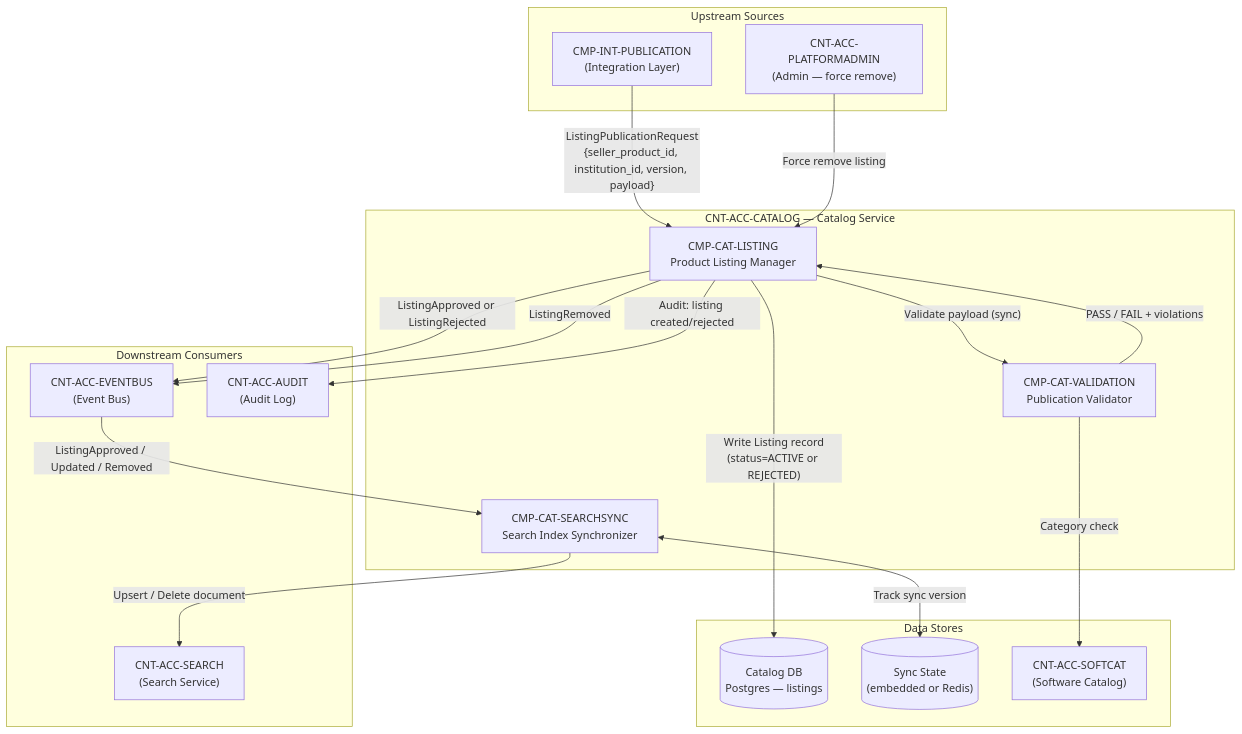
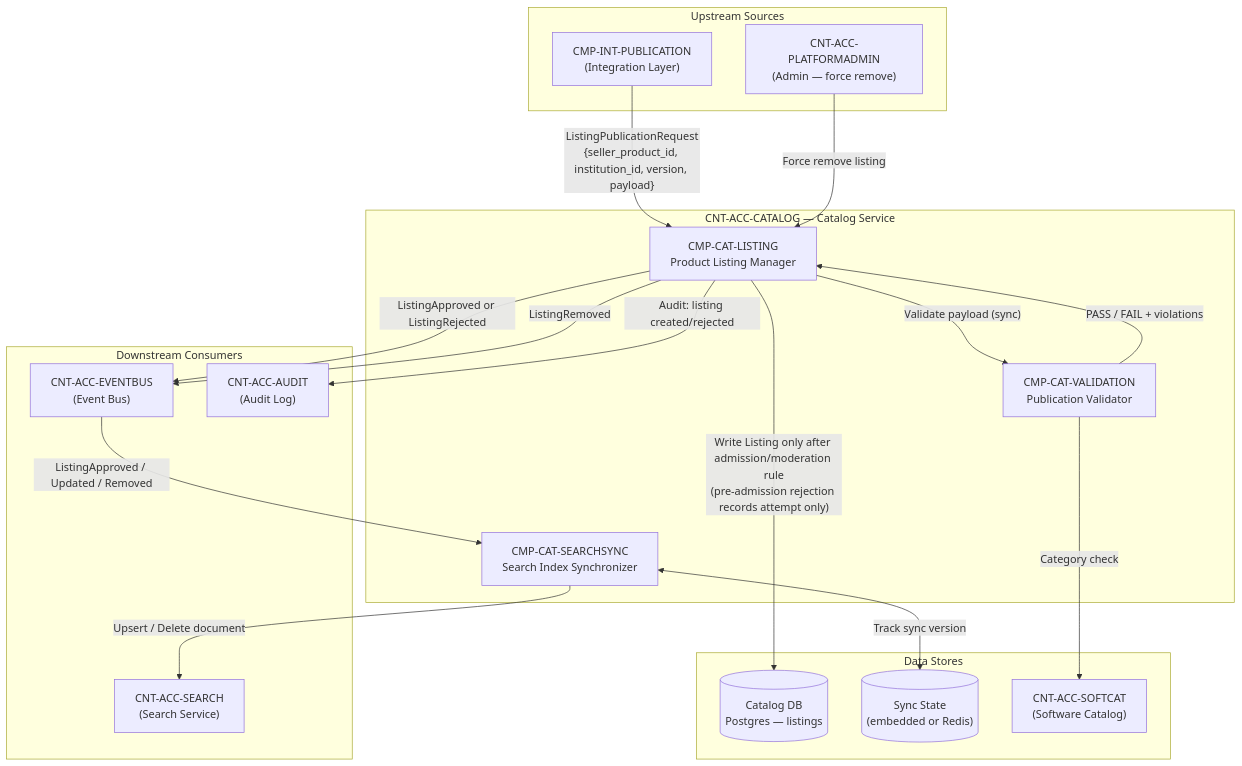
One commit to Emran025/accsystem changed the diagram in acc-architecture/c3-components/CNT-ACC-CATALOG/component-diagram.md. Above: the diagram before and after it, drawn with Mermaid. The commit also changed other lines of this file and 71 other files, not shown here.

Commit message:
Repair ACC architecture documentation contracts and audits

````diff
--- a/acc-architecture/c3-components/CNT-ACC-CATALOG/component-diagram.md
+++ b/acc-architecture/c3-components/CNT-ACC-CATALOG/component-diagram.md
@@ -11,43 +11,43 @@
 ```mermaid
 flowchart TD
     subgraph Upstream["Upstream Sources"]
         INTEGRATION["CMP-INT-PUBLICATION\n(Integration Layer)"]
         ADMIN["CNT-ACC-PLATFORMADMIN\n(Admin — force remove)"]
     end
 
     subgraph CNT-ACC-CATALOG["CNT-ACC-CATALOG — Catalog Service"]
         LISTING["CMP-CAT-LISTING\nProduct Listing Manager"]
         VALIDATION["CMP-CAT-VALIDATION\nPublication Validator"]
         SEARCHSYNC["CMP-CAT-SEARCHSYNC\nSearch Index Synchronizer"]
     end
 
     subgraph Downstream["Downstream Consumers"]
         SEARCH["CNT-ACC-SEARCH\n(Search Service)"]
         EVENTBUS["CNT-ACC-EVENTBUS\n(Event Bus)"]
         AUDIT["CNT-ACC-AUDIT\n(Audit Log)"]
     end
 
     subgraph Stores["Data Stores"]
         CATDB[("Catalog DB\nPostgres — listings")]
         SYNCSTATE[("Sync State\n(embedded or Redis)")]
         SOFTCAT["CNT-ACC-SOFTCAT\n(Software Catalog)"]
     end
 
     %% Publication flow
     INTEGRATION -->|"ListingPublicationRequest\n{seller_product_id, institution_id, version, payload}"| LISTING
     LISTING -->|"Validate payload (sync)"| VALIDATION
     VALIDATION -->|"Category check"| SOFTCAT
     VALIDATION -->|"PASS / FAIL + violations"| LISTING
-    LISTING -->|"Write Listing record\n(status=ACTIVE or REJECTED)"| CATDB
+    LISTING -->|"Write Listing only after admission/moderation rule\n(pre-admission rejection records attempt only)"| CATDB
     LISTING -->|"ListingApproved or ListingRejected"| EVENTBUS
     LISTING -->|"Audit: listing created/rejected"| AUDIT
 
     %% Search sync
     EVENTBUS -->|"ListingApproved / Updated / Removed"| SEARCHSYNC
     SEARCHSYNC <-->|"Track sync version"| SYNCSTATE
     SEARCHSYNC -->|"Upsert / Delete document"| SEARCH
 
     %% Admin retraction
     ADMIN -->|"Force remove listing"| LISTING
     LISTING -->|"ListingRemoved"| EVENTBUS
 ```
````
